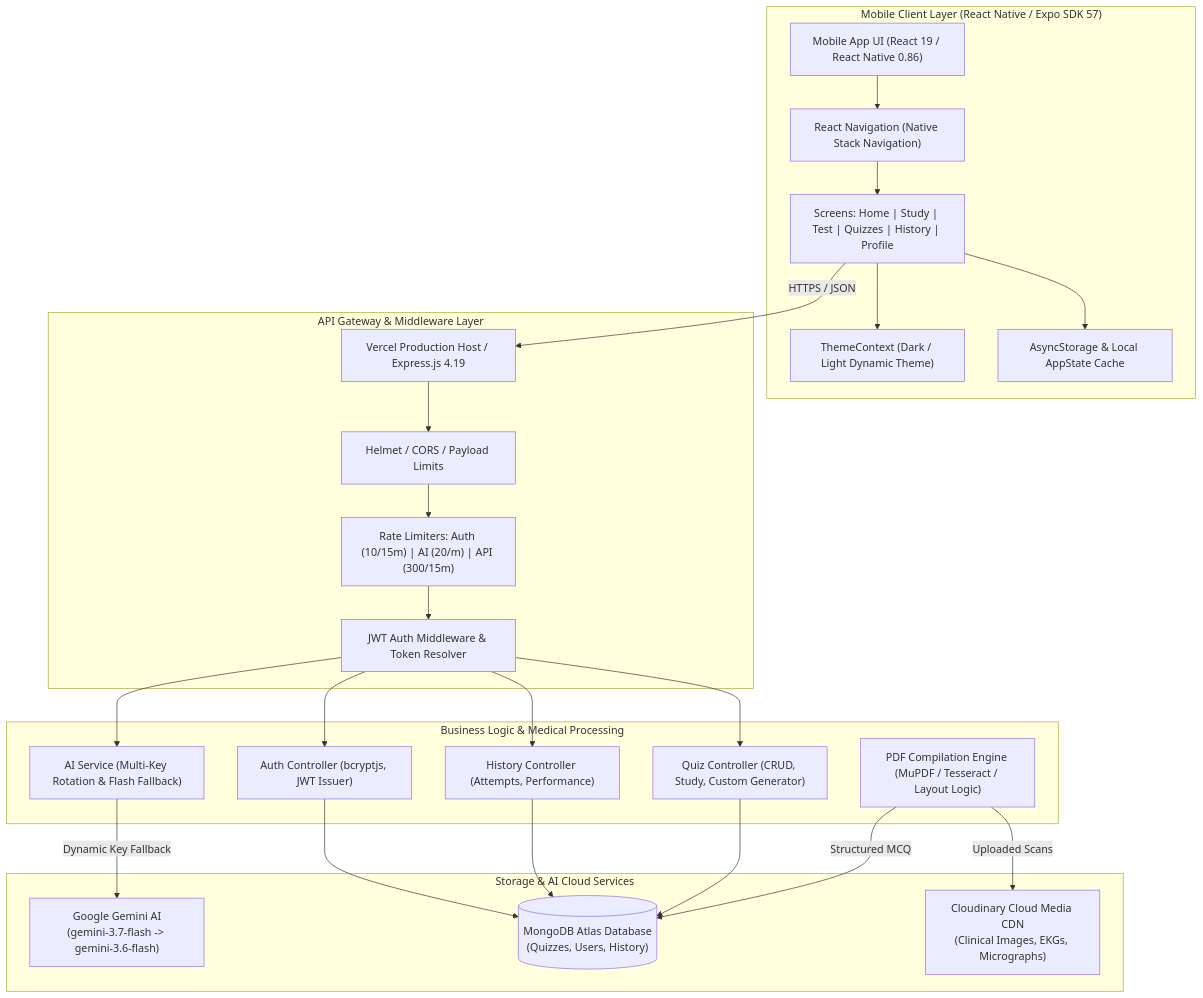
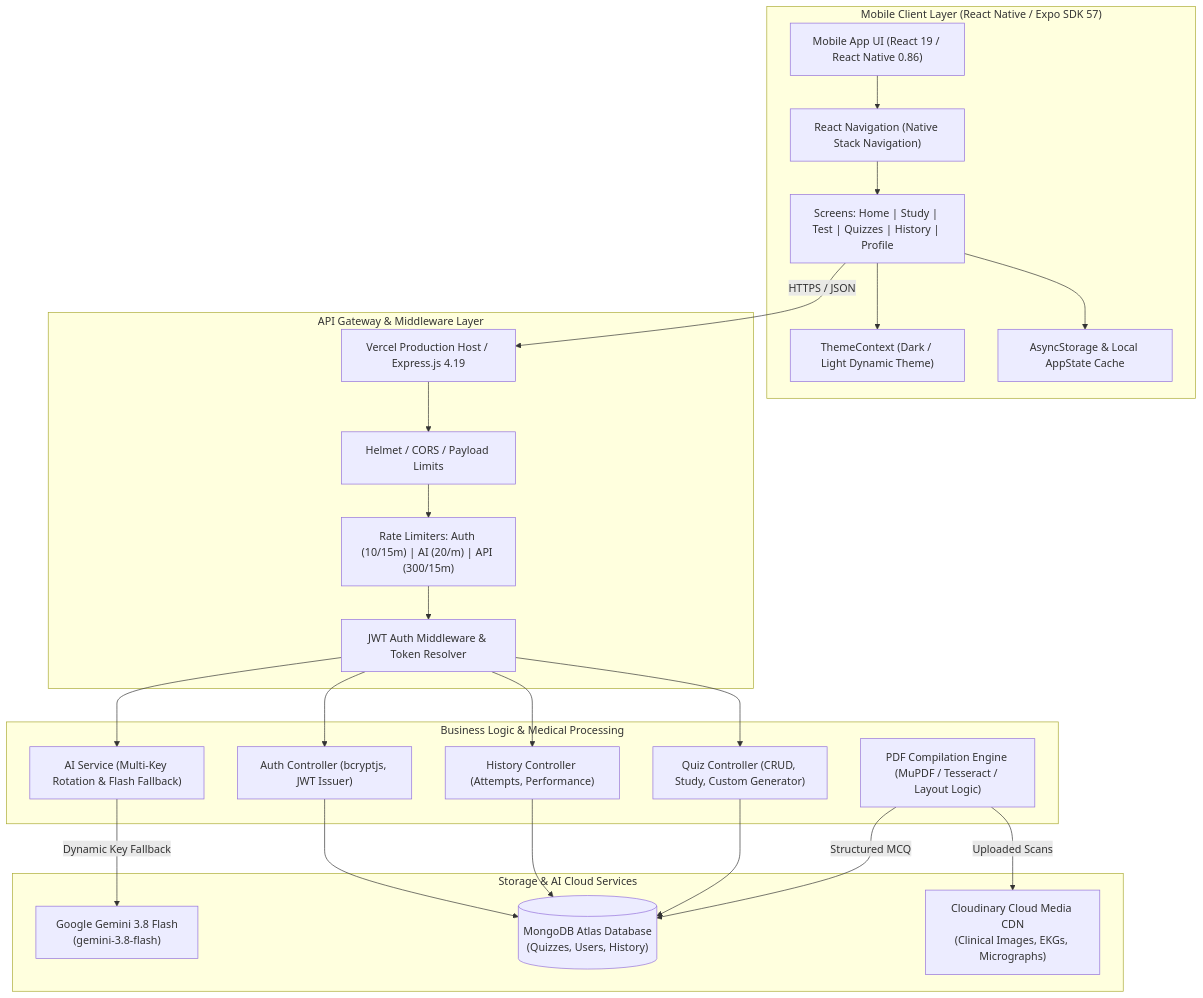
One commit to dhrub4545/DCP-QUIZZY changed the first of 3 diagrams in README.md. Above: the diagram before and after it, drawn with Mermaid. The commit also changed other lines of this file and 6 other files, not shown here.

Commit message:
feat(ai): standardize across all repos on Google Gemini 3.8 Flash

````diff
--- a/README.md
+++ b/README.md
@@ -93,52 +93,52 @@
 ```mermaid
 flowchart TD
     subgraph ClientLayer["Mobile Client Layer (React Native / Expo SDK 57)"]
         UI["Mobile App UI (React 19 / React Native 0.86)"]
         Theme["ThemeContext (Dark / Light Dynamic Theme)"]
         Nav["React Navigation (Native Stack Navigation)"]
         Cache["AsyncStorage & Local AppState Cache"]
         Screens["Screens: Home | Study | Test | Quizzes | History | Profile"]
     end
 
     subgraph GatewayLayer["API Gateway & Middleware Layer"]
         VercelGW["Vercel Production Host / Express.js 4.19"]
         Sec["Helmet / CORS / Payload Limits"]
         Limiter["Rate Limiters: Auth (10/15m) | AI (20/m) | API (300/15m)"]
         AuthMid["JWT Auth Middleware & Token Resolver"]
     end
 
     subgraph ServiceLayer["Business Logic & Medical Processing"]
         QuizCtrl["Quiz Controller (CRUD, Study, Custom Generator)"]
         HistCtrl["History Controller (Attempts, Performance)"]
         AuthCtrl["Auth Controller (bcryptjs, JWT Issuer)"]
         AISvc["AI Service (Multi-Key Rotation & Flash Fallback)"]
         IngestEng["PDF Compilation Engine (MuPDF / Tesseract / Layout Logic)"]
     end
 
     subgraph ExternalServices["Storage & AI Cloud Services"]
         MongoDB[("MongoDB Atlas Database\n(Quizzes, Users, History)")]
-        GeminiFlash["Google Gemini AI\n(gemini-3.7-flash -> gemini-3.6-flash)"]
+        GeminiFlash["Google Gemini 3.8 Flash\n(gemini-3.8-flash)"]
         Cloudinary["Cloudinary Cloud Media CDN\n(Clinical Images, EKGs, Micrographs)"]
     end
 
     UI --> Nav
     Nav --> Screens
     Screens --> Cache
     Screens --> Theme
     Screens -->|"HTTPS / JSON"| VercelGW
 
     VercelGW --> Sec
     Sec --> Limiter
     Limiter --> AuthMid
     AuthMid --> QuizCtrl
     AuthMid --> HistCtrl
     AuthMid --> AuthCtrl
     AuthMid --> AISvc
 
     QuizCtrl --> MongoDB
     HistCtrl --> MongoDB
     AuthCtrl --> MongoDB
     AISvc -->|"Dynamic Key Fallback"| GeminiFlash
     IngestEng -->|"Uploaded Scans"| Cloudinary
     IngestEng -->|"Structured MCQ"| MongoDB
 ```
````
